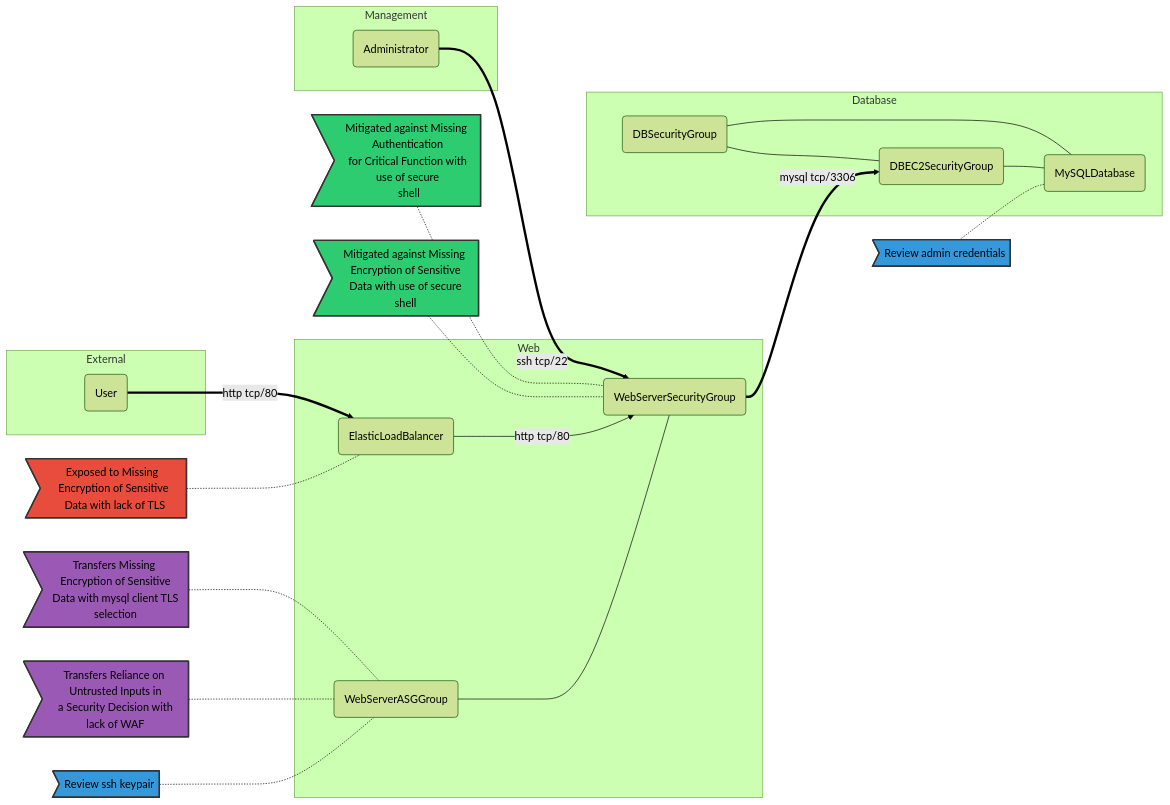
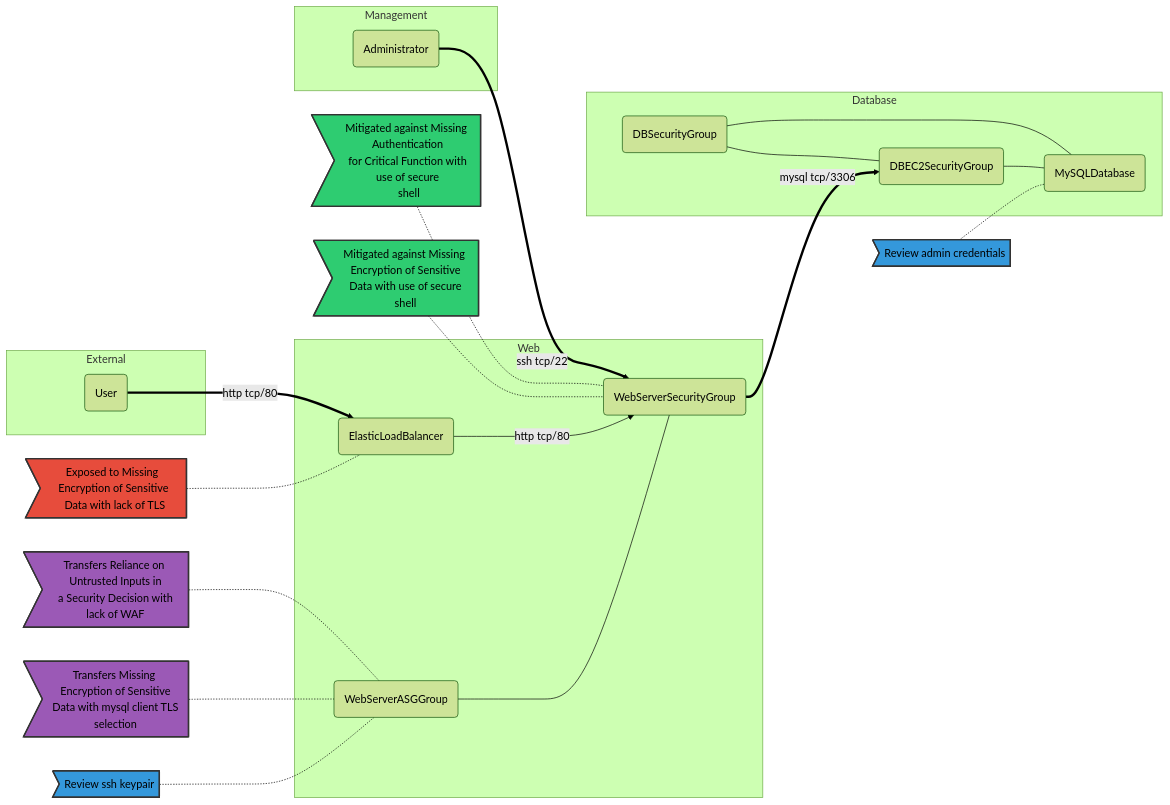
The diagram in tutorial/LAMP_Multi_AZ_04.mermaid (Leathal1/pythreatspec), drawn with Mermaid (forest theme) before and after one commit. The commit also changed 18 other files, not shown here.

````diff
--- a/tutorial/LAMP_Multi_AZ_04.mermaid
+++ b/tutorial/LAMP_Multi_AZ_04.mermaid
@@ -1,60 +1,56 @@
-```mermaid
 graph LR
     classDef exposures fill:#e74c3c,stroke:#333,stroke-width:2px;
     classDef mitigations fill:#2ecc71,stroke:#333,stroke-width:2px;
     classDef transfers fill:#9b59b6,stroke:#333,stroke-width:2px;
     classDef acceptances fill:#f39c12,stroke:#333,stroke-width:2px;
     classDef reviews fill:#3498db,stroke:#333,stroke-width:2px;
-
     subgraph Web
         web_web_sg("WebServerSecurityGroup")
         web_web_group("WebServerASGGroup")
         web_elb("ElasticLoadBalancer")
         web_web_group --- web_web_sg
         web_elb -- http tcp/80 --> web_web_sg
     end
 
     subgraph Database
         db_db_ec2_sg("DBEC2SecurityGroup")
         db_db_sg("DBSecurityGroup")
         db_db("MySQLDatabase")
         db_db_ec2_sg --- db_db
         db_db_sg --- db_db_ec2_sg
         db_db_sg --- db_db
     end
 
     subgraph External
         external_user("User")
     end
 
     subgraph Management
         mgmt_admin("Administrator")
     end
 
-    cwe_311_missing_encryption_of_sensitive_data_OTDRV6M9GP>" Exposed to Missing Encryption of Sensitive<br/> Data with lack of TLS"]
-    class cwe_311_missing_encryption_of_sensitive_data_OTDRV6M9GP exposures
-    cwe_311_missing_encryption_of_sensitive_data_OTDRV6M9GP-.-web_elb
-    cwe_306_missing_authentication_for_critical_function_EYZ6I3LFUT>" Mitigated against Missing Authentication<br/> for Critical Function with use of secure<br/> shell"]
-    class cwe_306_missing_authentication_for_critical_function_EYZ6I3LFUT mitigations
-    cwe_306_missing_authentication_for_critical_function_EYZ6I3LFUT-.-web_web_sg
-    cwe_311_missing_encryption_of_sensitive_data_MU8MHE7L6T>" Mitigated against Missing Encryption of Sensitive<br/> Data with use of secure shell"]
-    class cwe_311_missing_encryption_of_sensitive_data_MU8MHE7L6T mitigations
-    cwe_311_missing_encryption_of_sensitive_data_MU8MHE7L6T-.-web_web_sg
-    cwe_311_missing_encryption_of_sensitive_data_FOO7O5QTLL>" Transfers Missing Encryption of Sensitive<br/> Data with mysql client TLS selection"]
-    class cwe_311_missing_encryption_of_sensitive_data_FOO7O5QTLL transfers
-    cwe_311_missing_encryption_of_sensitive_data_FOO7O5QTLL-.-web_web_group
-    cwe_807_reliance_on_untrusted_inputs_in_a_security_decision_03BMNRXVXG>" Transfers Reliance on Untrusted Inputs in<br/> a Security Decision with lack of WAF"]
-    class cwe_807_reliance_on_untrusted_inputs_in_a_security_decision_03BMNRXVXG transfers
-    cwe_807_reliance_on_untrusted_inputs_in_a_security_decision_03BMNRXVXG-.-web_web_group
-    admin_credentials_MBUMLXI9HD>"Review admin credentials"]
-    class admin_credentials_MBUMLXI9HD reviews
-    admin_credentials_MBUMLXI9HD-.-db_db
-    ssh_keypair_Y2YMWW9T1N>"Review ssh keypair"]
-    class ssh_keypair_Y2YMWW9T1N reviews
-    ssh_keypair_Y2YMWW9T1N-.-web_web_group
+    cwe_311_missing_encryption_of_sensitive_data_3LBTB38IPD>" Exposed to Missing Encryption of Sensitive<br/> Data with lack of TLS"]
+    class cwe_311_missing_encryption_of_sensitive_data_3LBTB38IPD exposures
+    cwe_311_missing_encryption_of_sensitive_data_3LBTB38IPD-.-web_elb
+    cwe_306_missing_authentication_for_critical_function_D4H9BEI33A>" Mitigated against Missing Authentication<br/> for Critical Function with use of secure<br/> shell"]
+    class cwe_306_missing_authentication_for_critical_function_D4H9BEI33A mitigations
+    cwe_306_missing_authentication_for_critical_function_D4H9BEI33A-.-web_web_sg
+    cwe_311_missing_encryption_of_sensitive_data_E2XEZ2O76Q>" Mitigated against Missing Encryption of Sensitive<br/> Data with use of secure shell"]
+    class cwe_311_missing_encryption_of_sensitive_data_E2XEZ2O76Q mitigations
+    cwe_311_missing_encryption_of_sensitive_data_E2XEZ2O76Q-.-web_web_sg
+    cwe_807_reliance_on_untrusted_inputs_in_a_security_decision_QTWWIL5QFB>" Transfers Reliance on Untrusted Inputs in<br/> a Security Decision with lack of WAF"]
+    class cwe_807_reliance_on_untrusted_inputs_in_a_security_decision_QTWWIL5QFB transfers
+    cwe_807_reliance_on_untrusted_inputs_in_a_security_decision_QTWWIL5QFB-.-web_web_group
+    cwe_311_missing_encryption_of_sensitive_data_VH07BGQNE1>" Transfers Missing Encryption of Sensitive<br/> Data with mysql client TLS selection"]
+    class cwe_311_missing_encryption_of_sensitive_data_VH07BGQNE1 transfers
+    cwe_311_missing_encryption_of_sensitive_data_VH07BGQNE1-.-web_web_group
+    admin_credentials_0H5VDYOP0I>"Review admin credentials"]
+    class admin_credentials_0H5VDYOP0I reviews
+    admin_credentials_0H5VDYOP0I-.-db_db
+    ssh_keypair_MRKS6WUQIQ>"Review ssh keypair"]
+    class ssh_keypair_MRKS6WUQIQ reviews
+    ssh_keypair_MRKS6WUQIQ-.-web_web_group
 
     external_user == http tcp/80 ==> web_elb
     mgmt_admin == ssh tcp/22 ==> web_web_sg
     web_web_sg == mysql tcp/3306 ==> db_db_ec2_sg
-
-```
````
